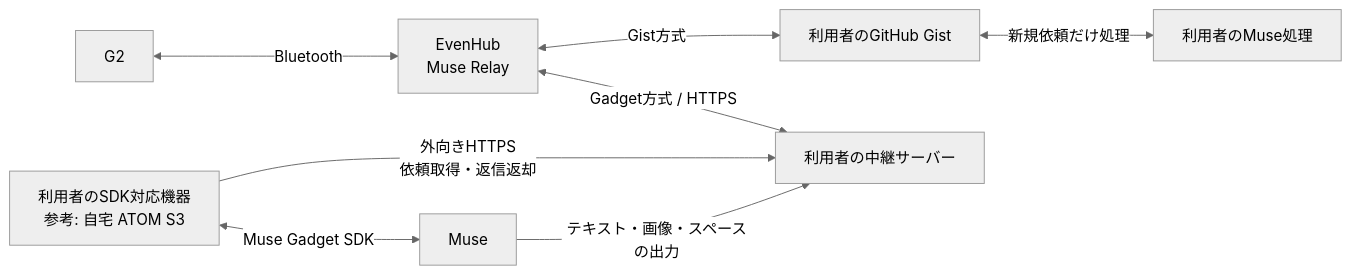
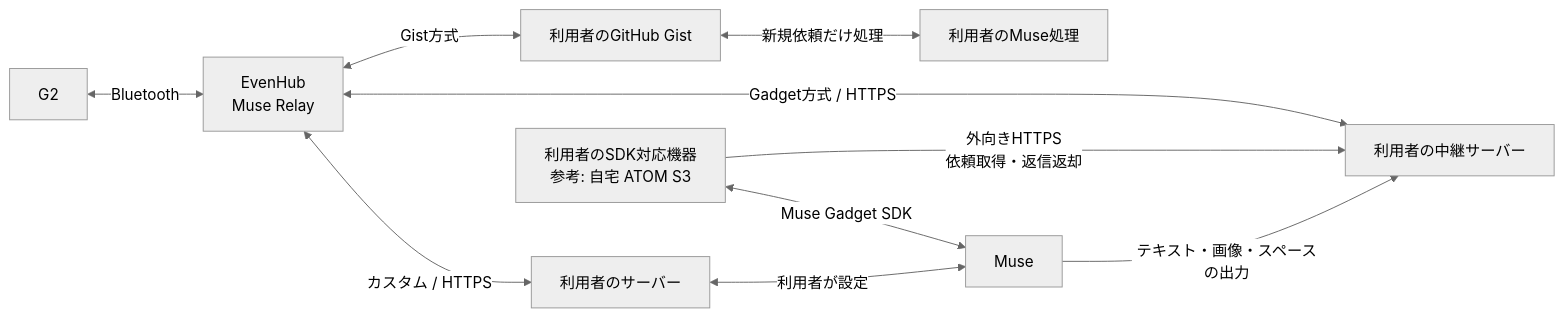
Before and after one commit to 3mintimer/muse-relay: the first of 5 diagrams in docs/protocol.ja.md, drawn with Mermaid (neutral theme). The commit also changed other lines of this file and 40 other files, not shown here.

Commit message:
feat: add custom HTTPS relay connections

````diff
--- a/docs/protocol.ja.md
+++ b/docs/protocol.ja.md
@@ -13,10 +13,12 @@
 ```mermaid
 flowchart LR
   G2[G2] <-->|Bluetooth| Phone[EvenHub<br/>Muse Relay]
   Phone <-->|Gist方式| Gist[利用者のGitHub Gist]
   Gist <-->|新規依頼だけ処理| Handler[利用者のMuse処理]
   Phone <-->|Gadget方式 / HTTPS| Relay[利用者の中継サーバー]
   ATOM[利用者のSDK対応機器<br/>参考: 自宅 ATOM S3] -->|外向きHTTPS<br/>依頼取得・返信返却| Relay
   ATOM <-->|Muse Gadget SDK| Muse[Muse]
   Muse -->|テキスト・画像・スペースの出力| Relay
+  Phone <-->|カスタム / HTTPS| Custom[利用者のサーバー]
+  Custom <-->|利用者が設定| Muse
 ```
````
